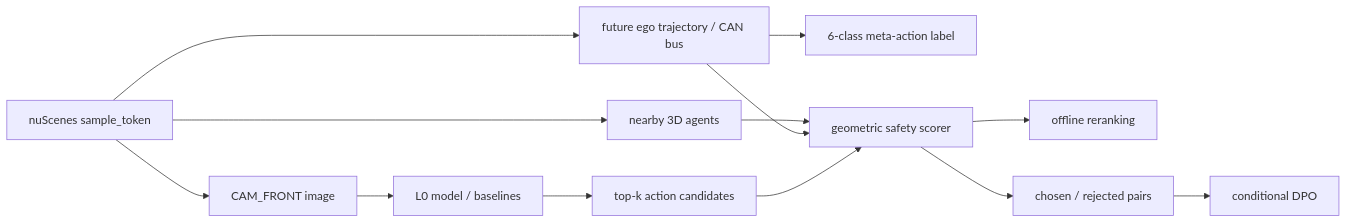
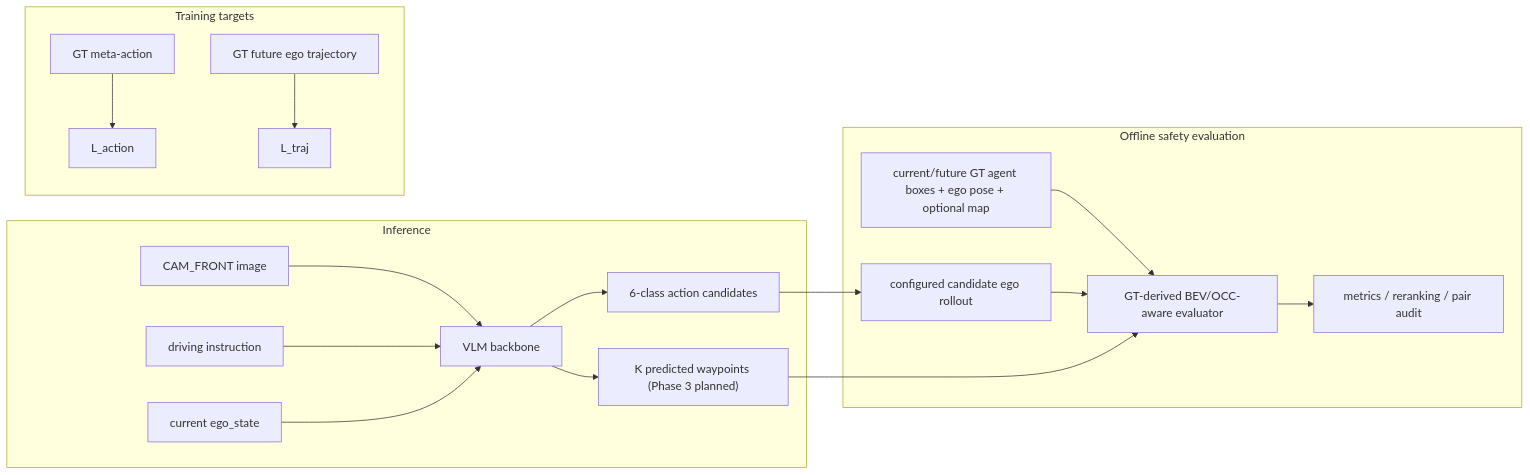
Before and after one commit to TNAG031231/4vla_learning: the diagram in project_mvp_plan.md, drawn with Mermaid. The commit also changed other lines of this file and 3 other files, not shown here.

First line of the commit message:
docs: align VLA roadmap with BEV/OCC-aware safety evaluation

````diff
--- a/project_mvp_plan.md
+++ b/project_mvp_plan.md
@@ -83,15 +28,23 @@
 ```mermaid
 flowchart LR
-    A["nuScenes sample_token"] --> B["CAM_FRONT image"]
-    A --> C["future ego trajectory / CAN bus"]
-    A --> D["nearby 3D agents"]
-    C --> E["6-class meta-action label"]
-    B --> F["L0 model / baselines"]
-    F --> G["top-k action candidates"]
-    D --> H["geometric safety scorer"]
-    C --> H
-    G --> H
-    H --> I["offline reranking"]
-    H --> J["chosen / rejected pairs"]
-    J --> K["conditional DPO"]
+    subgraph Inference
+        A["CAM_FRONT image"] --> D["VLM backbone"]
+        B["driving instruction"] --> D
+        C["current ego_state"] --> D
+        D --> E["6-class action candidates"]
+        D --> F["K predicted waypoints (Phase 3 planned)"]
+    end
+
+    subgraph Training targets
+        G["GT meta-action"] --> H["L_action"]
+        I["GT future ego trajectory"] --> J["L_traj"]
+    end
+
+    subgraph Offline safety evaluation
+        K["current/future GT agent boxes + ego pose + optional map"] --> L["GT-derived BEV/OCC-aware evaluator"]
+        E --> M["configured candidate ego rollout"]
+        M --> L
+        F --> L
+        L --> N["metrics / reranking / pair audit"]
+    end
 ```
````
